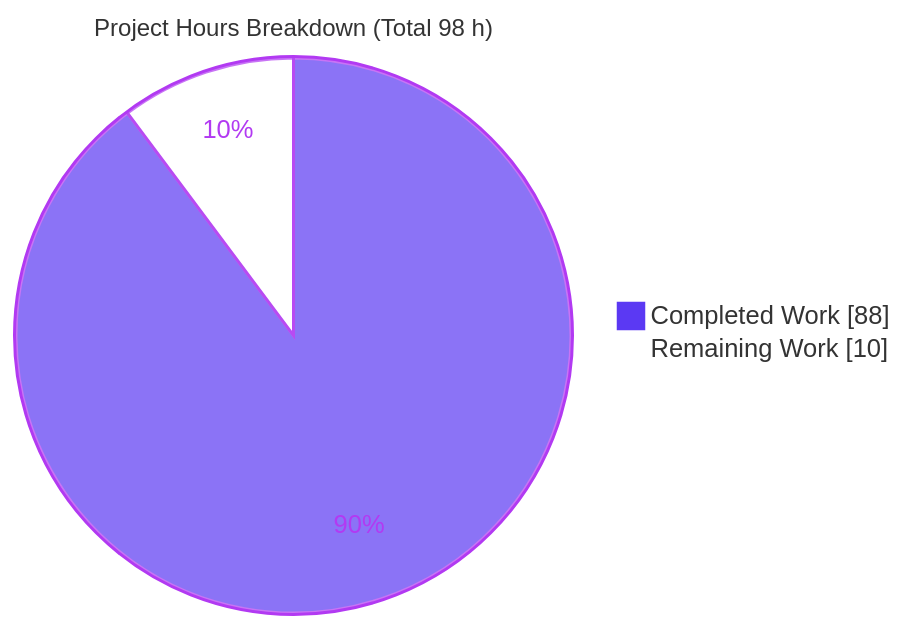
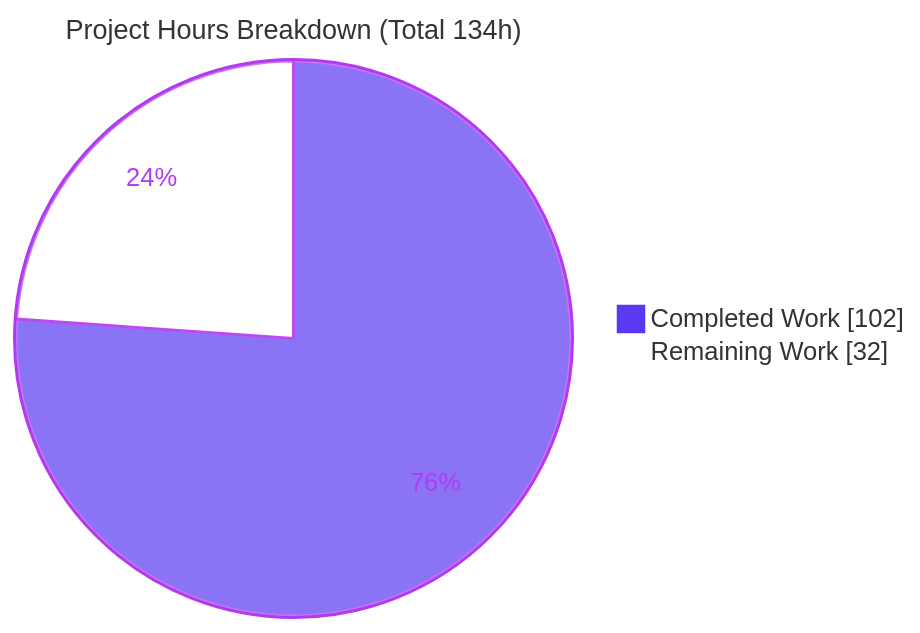
The second of 4 diagrams in blitzy/documentation/Project Guide.md (blitzy-public-samples/ardupilot-blitzy), drawn with Mermaid before and after one commit. The commit also changed other lines of this file, not shown here.

Commit message:
Adding Blitzy Project Guide: Project Status and Human Tasks Remaining

````diff
--- a/blitzy/documentation/Project Guide.md
+++ b/blitzy/documentation/Project Guide.md
@@ -189,6 +210,6 @@
 ```mermaid
-%%{init: {'theme':'base', 'themeVariables': {'pie1':'#5B39F3','pie2':'#FFFFFF','pieStrokeColor':'#B23AF2','pieStrokeWidth':'2px','pieOuterStrokeColor':'#B23AF2','pieOuterStrokeWidth':'2px','pieSectionTextColor':'#B23AF2','pieTitleTextSize':'16px'}}}%%
-pie showData title Project Hours Breakdown (Total 98 h)
-    "Completed Work" : 88
-    "Remaining Work" : 10
+%%{init: {'theme':'base', 'themeVariables': {'pie1':'#5B39F3','pie2':'#FFFFFF','pieStrokeColor':'#B23AF2','pieOuterStrokeColor':'#B23AF2','pieStrokeWidth':'2px','pieSectionTextColor':'#B23AF2','pieTitleTextSize':'18px'}}}%%
+pie showData title Project Hours Breakdown (Total 134h)
+    "Completed Work" : 102
+    "Remaining Work" : 32
 ```
````
